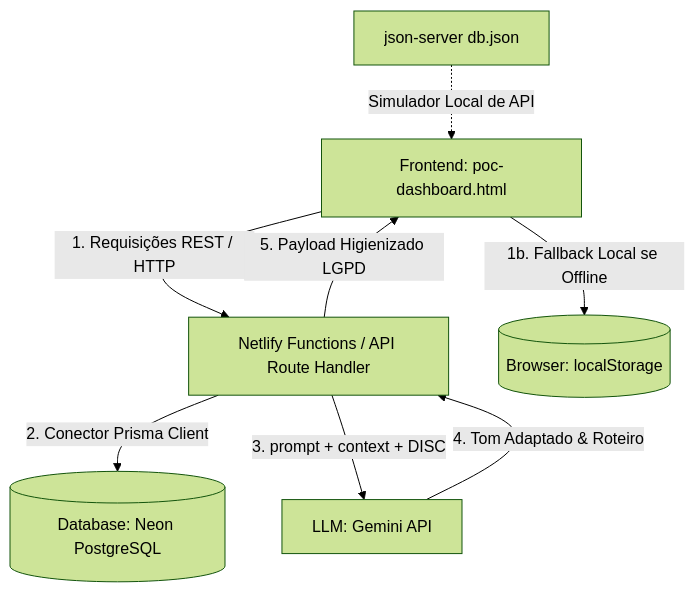
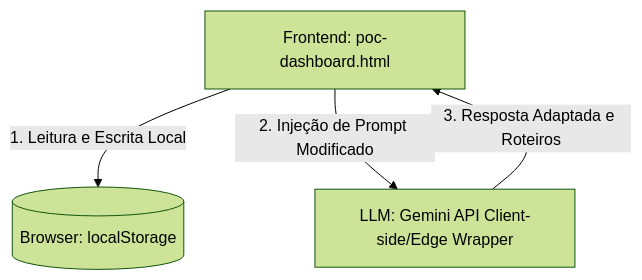
Before and after one commit to pierresouza/SyncHR: the diagram in PROJECT-GUIDE.md, drawn with Mermaid (forest theme). The commit also changed other lines of this file and 5 other files, not shown here.

Commit message:
refactor: update architecture documentation to reflect client-side storage migration and add specialized AI persona definitions

````diff
--- a/PROJECT-GUIDE.md
+++ b/PROJECT-GUIDE.md
@@ -59,13 +59,7 @@
 ```mermaid
 graph TD
-    A[Frontend: poc-dashboard.html] -->|1. Requisições REST / HTTP| B[Netlify Functions / API Route Handler]
-    A -->|1b. Fallback Local se Offline| C[(Browser: localStorage)]
+    A[Frontend: poc-dashboard.html] -->|1. Leitura e Escrita Local| B[(Browser: localStorage)]
+    A -->|2. Injeção de Prompt Modificado| C[LLM: Gemini API Client-side/Edge Wrapper]
     
-    B -->|2. Conector Prisma Client| D[(Database: Neon PostgreSQL)]
-    B -->|3. prompt + context + DISC| E[LLM: Gemini API]
-    
-    E -->|4. Tom Adaptado & Roteiro| B
-    B -->|5. Payload Higienizado LGPD| A
-    
-    F[json-server db.json] -.->|Simulador Local de API| A
+    C -->|3. Resposta Adaptada e Roteiros| A
 ```
````
